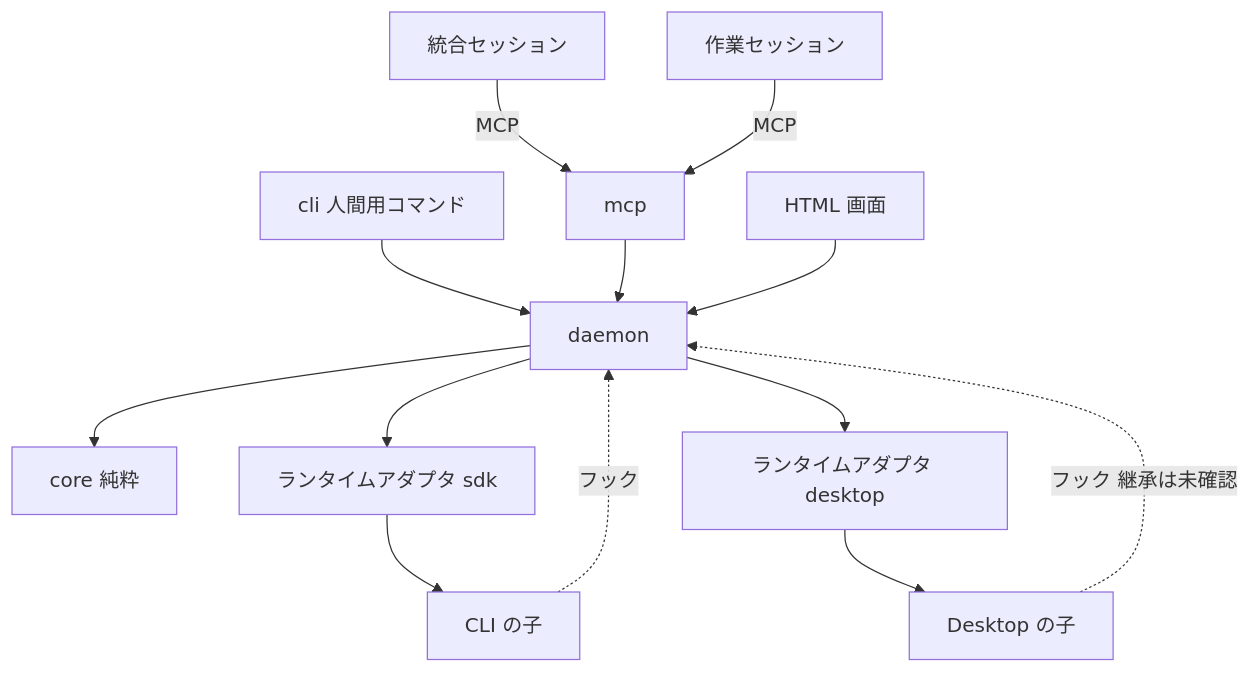
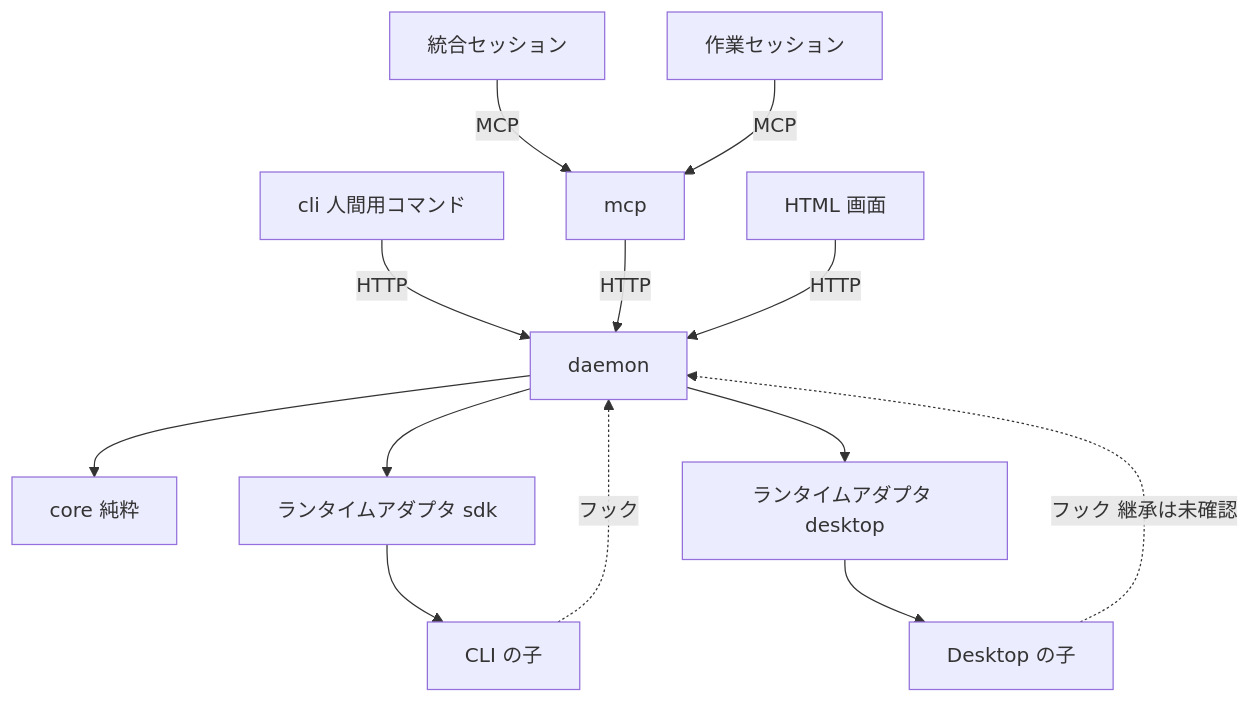
Before and after one commit to ToshikiImagawa/composite-session-orchestrator: the diagram in .sdd/task/initial-spec-design/design-draft.md, drawn with Mermaid. The commit also changed other lines of this file and 3 other files, not shown here.

````diff
--- a/.sdd/task/initial-spec-design/design-draft.md
+++ b/.sdd/task/initial-spec-design/design-draft.md
@@ -63,15 +63,15 @@
 ```mermaid
 graph TD
     IS[統合セッション] -->|MCP| MCP[mcp]
     WS[作業セッション] -->|MCP| MCP
-    CLI[cli 人間用コマンド] --> D[daemon]
-    MCP --> D
-    UI[HTML 画面] --> D
+    CLI[cli 人間用コマンド] -->|HTTP| D[daemon]
+    MCP -->|HTTP| D
+    UI[HTML 画面] -->|HTTP| D
     D --> C[core 純粋]
     D --> SDK[ランタイムアダプタ sdk]
     D --> DT[ランタイムアダプタ desktop]
     SDK --> CW[CLI の子]
     DT --> DW[Desktop の子]
     CW -.->|フック| D
     DW -.->|フック 継承は未確認| D
 ```
````
